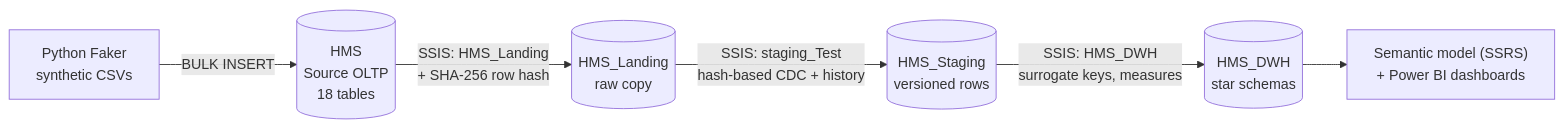
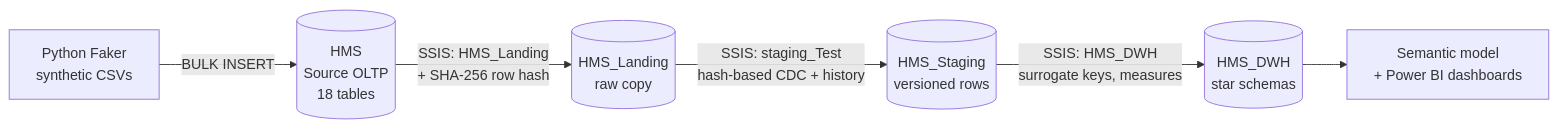
The diagram in README.md (ahmed-emad-dataeng/JadaraTraining), drawn with Mermaid before and after one commit. The commit also changed other lines of this file, not shown here.

First line of the commit message:
Update README team section and semantic-model credit

````diff
--- a/README.md
+++ b/README.md
@@ -13,8 +13,8 @@
 ```mermaid
 flowchart LR
     A["Python Faker<br/>synthetic CSVs"] -->|BULK INSERT| B[("HMS<br/>Source OLTP<br/>18 tables")]
     B -->|"SSIS: HMS_Landing<br/>+ SHA-256 row hash"| C[("HMS_Landing<br/>raw copy")]
     C -->|"SSIS: staging_Test<br/>hash-based CDC + history"| D[("HMS_Staging<br/>versioned rows")]
     D -->|"SSIS: HMS_DWH<br/>surrogate keys, measures"| E[("HMS_DWH<br/>star schemas")]
-    E --> F["Semantic model (SSRS)<br/>+ Power BI dashboards"]
+    E --> F["Semantic model<br/>+ Power BI dashboards"]
 ```
````
